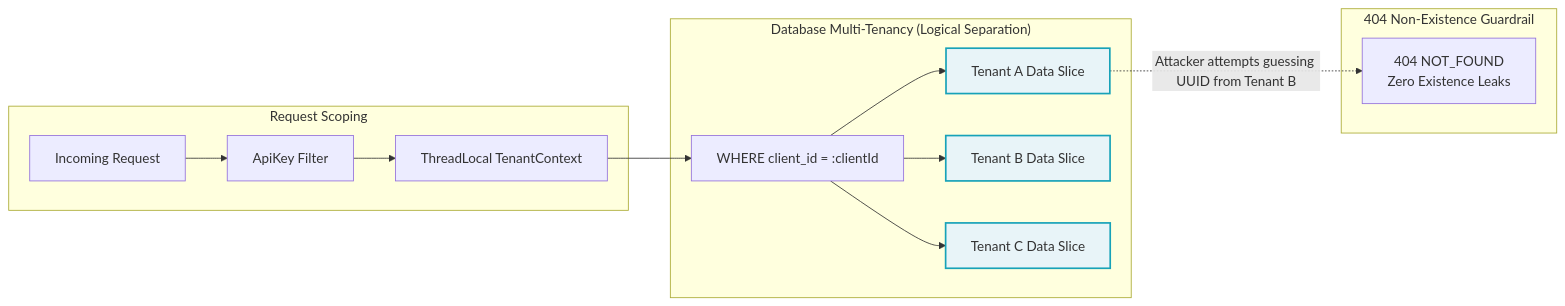
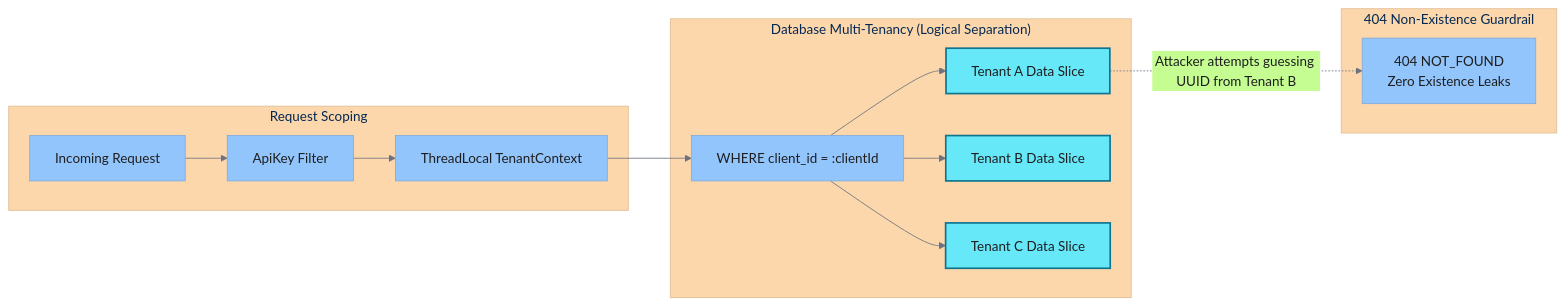
Before and after one commit to PerHac13/permissio: the third of 4 diagrams in docs/HLD_DESIGN.md, drawn with Mermaid. The commit also changed other lines of this file and 4 other files, not shown here.

Commit message:
fix(security): resolve RSA key decoding formats and enhance diagram contrast

````diff
--- a/docs/HLD_DESIGN.md
+++ b/docs/HLD_DESIGN.md
@@ -130,21 +132,22 @@
 ```mermaid
+%%{init: {'theme': 'base', 'themeVariables': {'primaryColor': '#93c5fd', 'primaryTextColor': '#1e1e1e', 'lineColor': '#6b7280', 'textColor': '#1e1e1e'}}}%%
 flowchart LR
     subgraph RequestContext["Request Scoping"]
         HTTP[Incoming Request] --> Filter[ApiKey Filter]
         Filter --> Context[ThreadLocal TenantContext]
     end
 
     subgraph Partitioning["Database Multi-Tenancy (Logical Separation)"]
         Context --> Query["WHERE client_id = :clientId"]
         Query --> TenantA[Tenant A Data Slice]
         Query --> TenantB[Tenant B Data Slice]
         Query --> TenantC[Tenant C Data Slice]
     end
 
     subgraph NonLeakage["404 Non-Existence Guardrail"]
         TenantA -.->|Attacker attempts guessing UUID from Tenant B| Guard[404 NOT_FOUND<br/>Zero Existence Leaks]
     end
 
-    classDef tenant fill:#e8f4f8,stroke:#17a2b8,stroke-width:2px;
+    classDef tenant fill:#67e8f9,stroke:#0e7490,stroke-width:2px,color:#1e1e1e;
     class TenantA,TenantB,TenantC tenant;
 ```
````
